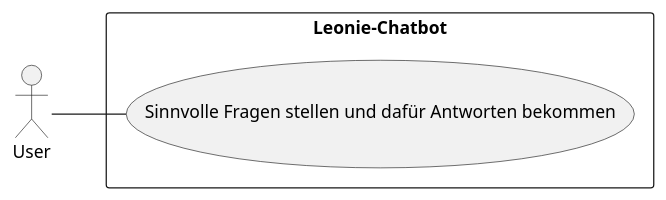
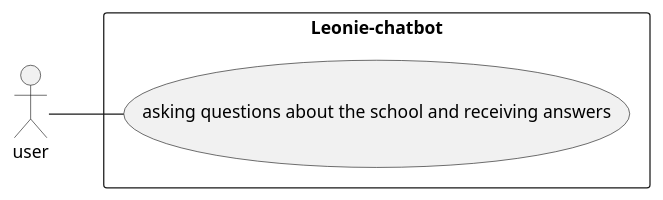
The diagram in asciidocs/plantuml/user-ucd.puml (2223-4bhitm-itp/2223-4bhitm-itp-2223-4bhitm-leonie), drawn with PlantUML before and after one commit. The commit also changed 3 other files, not shown here.

```diff
--- a/asciidocs/plantuml/user-ucd.puml
+++ b/asciidocs/plantuml/user-ucd.puml
@@ -1,10 +1,10 @@
 @startuml
 left to right direction
-actor "User" as fc
-rectangle Leonie-Chatbot {
-  usecase "Sinnvolle Fragen stellen und dafür Antworten bekommen" as UC1
+actor "user" as fc
+rectangle Leonie-chatbot {
+  usecase "asking questions about the school and receiving answers" as UC1
 
 }
 fc -- UC1
 
 @enduml
```
